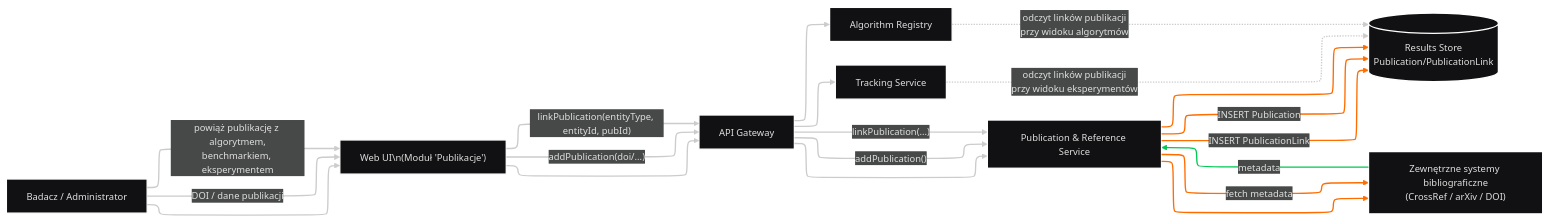
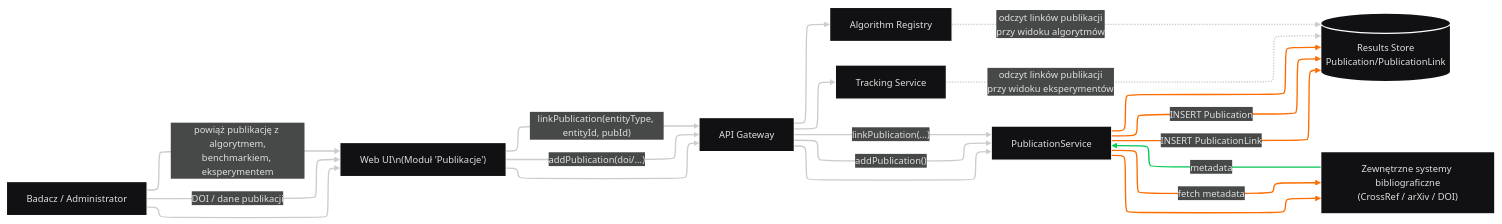
Diagram 21 of 35 in docs/system_c4_architecture.md (jedrzejpolaczek/aviarium.corvidae.corvus_corone), drawn with Mermaid before and after one commit. The commit also changed other lines of this file, not shown here.

````diff
--- a/docs/system_c4_architecture.md
+++ b/docs/system_c4_architecture.md
@@ -1643,31 +2037,31 @@
 ```mermaid
 ---
 config:
   theme: redux-dark
   layout: elk
 ---
 flowchart LR
     U["Badacz / Administrator"] --> UI@{ label: "Web UI\\n(Moduł 'Publikacje')" }
     UI --> API["API Gateway"]
-    API --> PUB["Publication & Reference Service"] & REG["Algorithm Registry"] & TRK["Tracking Service"]
+    API --> PUB["PublicationService"] & REG["Algorithm Registry"] & TRK["Tracking Service"]
     PUB --> DBPUB[("Results Store\nPublication/PublicationLink")] & BIB["Zewnętrzne systemy bibliograficzne\n(CrossRef / arXiv / DOI)"]
     U -- DOI / dane publikacji --> UI
     UI -- "addPublication(doi/...)" --> API
     API -- addPublication() --> PUB
     PUB -- fetch metadata --> BIB
     BIB -- metadata --> PUB
     PUB -- INSERT Publication --> DBPUB
     U -- powiąż publikację z algorytmem,\nbenchmarkiem, eksperymentem --> UI
     UI -- linkPublication(entityType, entityId, pubId) --> API
     API -- "linkPublication(...)" --> PUB
     PUB -- INSERT PublicationLink --> DBPUB
     REG -. odczyt linków publikacji\nprzy widoku algorytmów .-> DBPUB
     TRK -. odczyt linków publikacji\nprzy widoku eksperymentów .-> DBPUB
     UI@{ shape: rect}
     linkStyle 5 stroke:#FF6D00,fill:none
     linkStyle 6 stroke:#FF6D00,fill:none
     linkStyle 10 stroke:#FF6D00,fill:none
     linkStyle 11 stroke:#00C853
     linkStyle 12 stroke:#FF6D00,fill:none
     linkStyle 16 stroke:#FF6D00,fill:none
 ```
````
